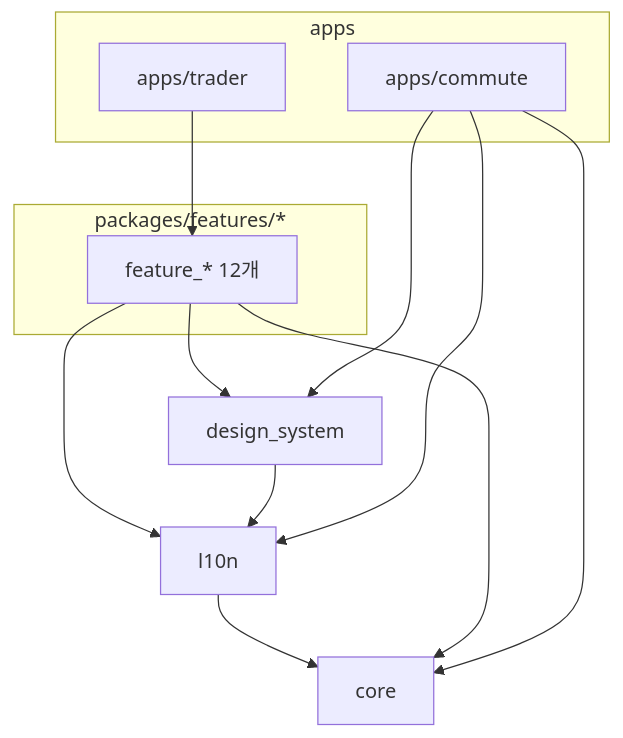
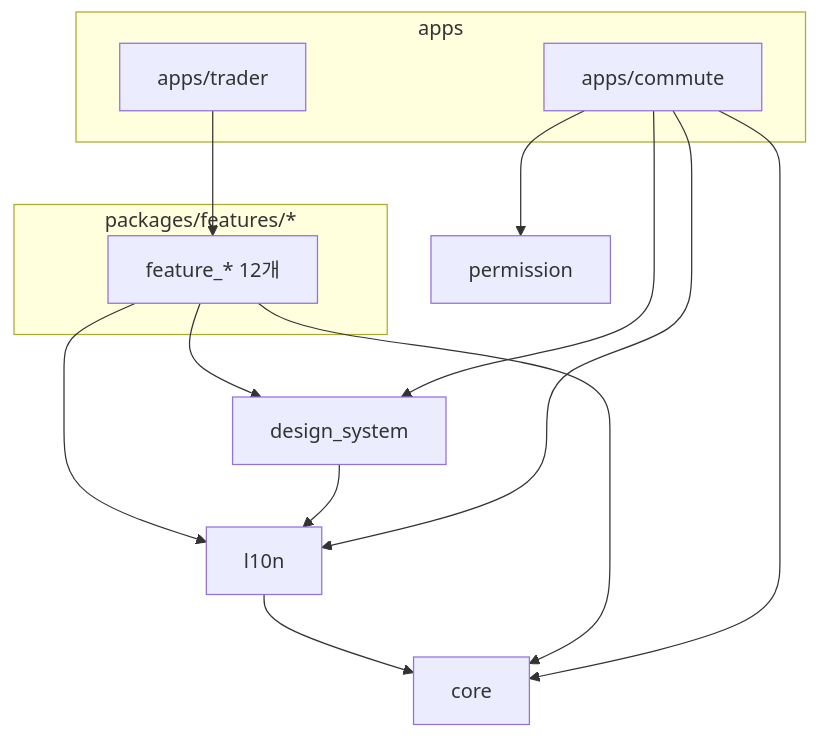
Before and after one commit to karma951221/flutter_apps: the first of 3 diagrams in docs/dependencies.md, drawn with Mermaid. The commit also changed 18 other files, not shown here.

First line of the commit message:
feat(permission): 권한 상태 · 세션당 1회 요청 정책 패키지를 더하고 commute 위치 권한에 적용한다

````diff
--- a/docs/dependencies.md
+++ b/docs/dependencies.md
@@ -12,23 +12,25 @@
 ```mermaid
 flowchart TB
   subgraph apps
     trader[apps/trader]
     commute_app[apps/commute]
   end
   subgraph features["packages/features/*"]
     F[feature_* 12개]
   end
   DS[design_system]
   L[l10n]
   CORE[core]
+  PERM[permission]
 
   trader --> F
   F --> DS
   F --> L
   DS --> L
   L --> CORE
   F --> CORE
   commute_app --> DS
   commute_app --> L
   commute_app --> CORE
+  commute_app --> PERM
 ```
````
